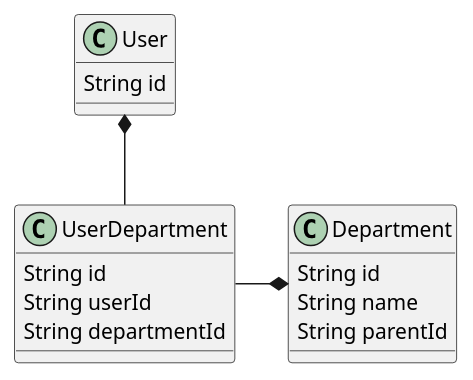
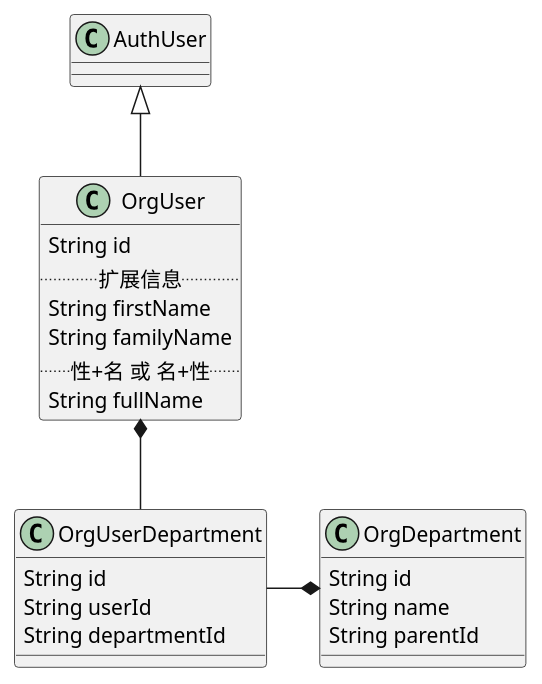
One commit to crazydan-studio/duzhou.crazydan.io changed the second of 2 diagrams in docs/100.development/200.framework/500.backend/200.auth/100.design.md. Above: the diagram before and after it, drawn with PlantUML. The commit also changed other lines of this file and 1 other file, not shown here.

````diff
--- a/docs/100.development/200.framework/500.backend/200.auth/100.design.md
+++ b/docs/100.development/200.framework/500.backend/200.auth/100.design.md
@@ -196,19 +205,27 @@
 ```plantuml
-class User {
+class AuthUser {}
+
+class OrgUser {
   String id
+  .. 扩展信息 ..
+  String firstName
+  String familyName
+  .. 性+名 或 名+性 ..
+  String fullName
 }
+AuthUser <|-- OrgUser
 
-class Department {
+class OrgDepartment {
   String id
   String name
   String parentId
 }
 
-class UserDepartment {
+class OrgUserDepartment {
   String id
   String userId
   String departmentId
 }
-User *-down- UserDepartment
-Department *-left- UserDepartment
+OrgUser *-down- OrgUserDepartment
+OrgDepartment *-left- OrgUserDepartment
 ```
````
